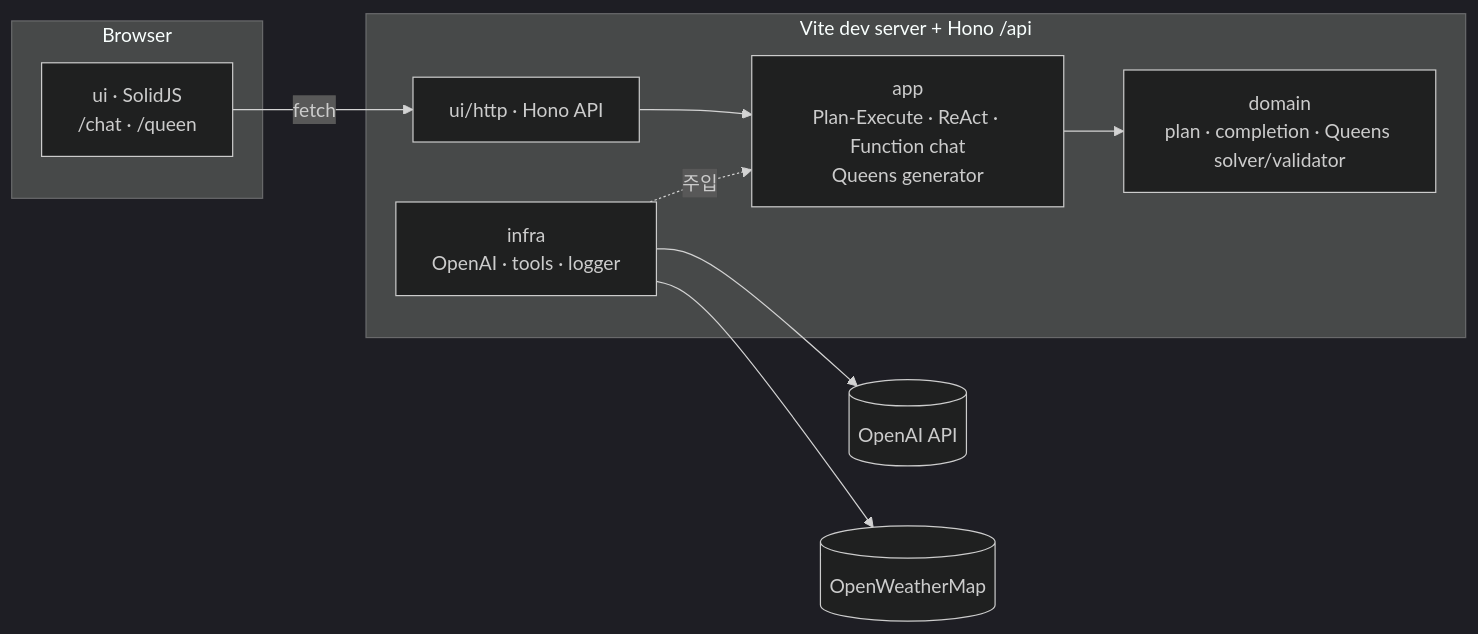
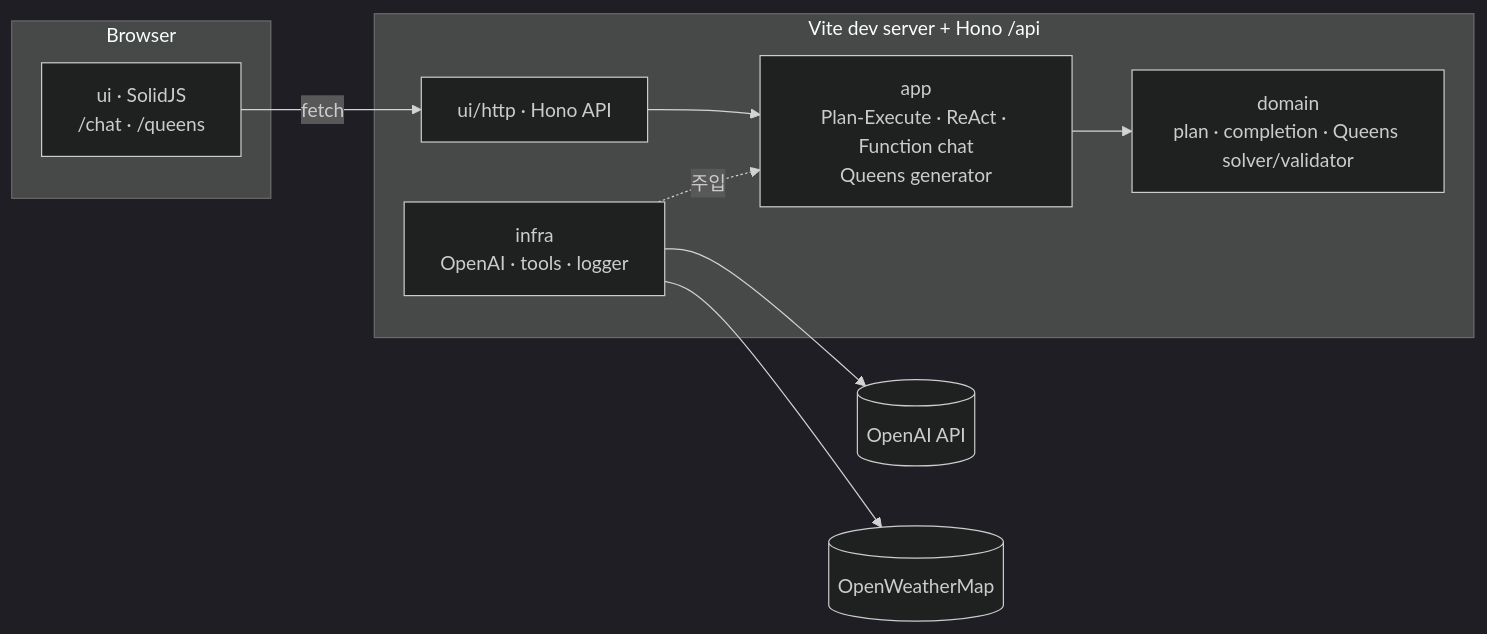
Before and after one commit to qus0in-factory/ai-ps: the diagram in README.md, drawn with Mermaid (dark theme). The commit also changed 18 other files, not shown here.

````diff
--- a/README.md
+++ b/README.md
@@ -18,16 +18,16 @@
 ```mermaid
 flowchart LR
   subgraph Browser
-    UI["ui · SolidJS<br/>/chat · /queen"]
+    UI["ui · SolidJS<br/>/chat · /queens"]
   end
   subgraph Server["Vite dev server + Hono /api"]
     API["ui/http · Hono API"]
     APP["app<br/>Plan-Execute · ReAct · Function chat<br/>Queens generator"]
     DOMAIN["domain<br/>plan · completion · Queens solver/validator"]
     INFRA["infra<br/>OpenAI · tools · logger"]
   end
   UI -->|fetch| API --> APP --> DOMAIN
   INFRA -. 주입 .-> APP
   INFRA --> OpenAI[(OpenAI API)]
   INFRA --> OWM[(OpenWeatherMap)]
 ```
````
